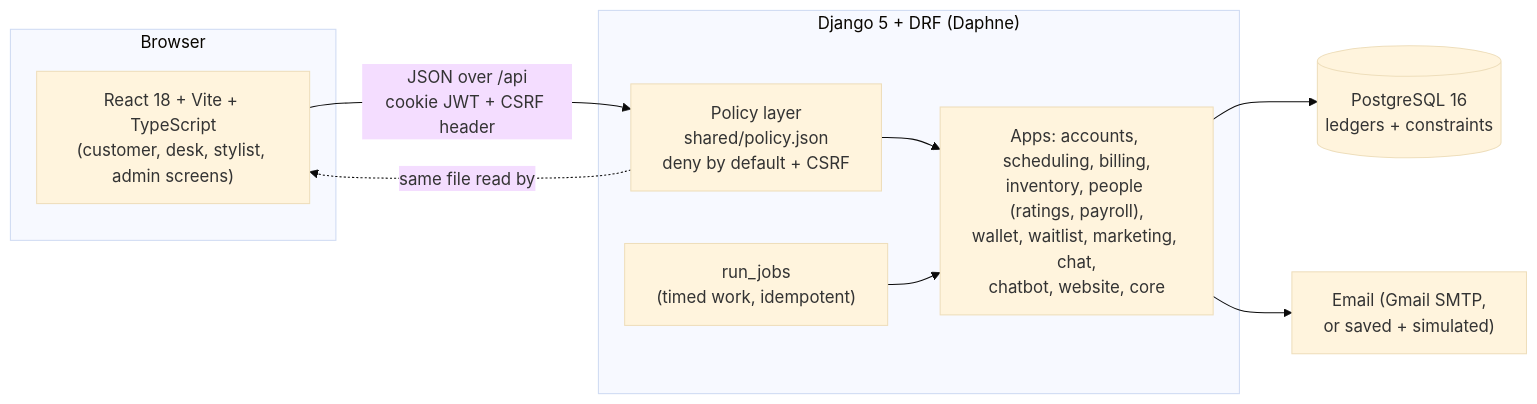
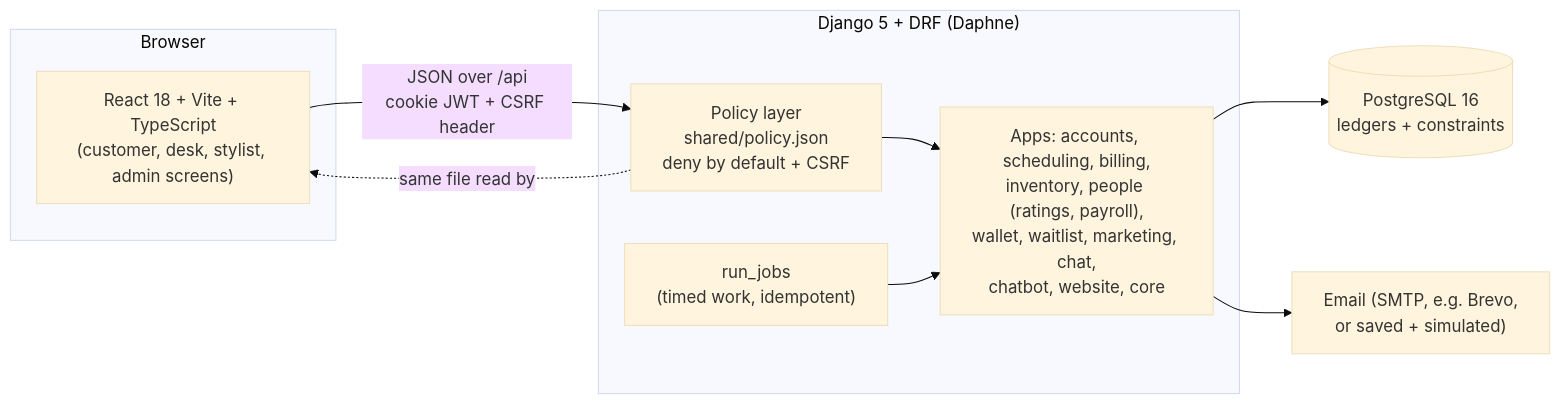
One commit to MarepalliAkhil/Alankar changed the first of 2 diagrams in README.md. Above: the diagram before and after it, drawn with Mermaid (base theme). The commit also changed other lines of this file, not shown here.

````diff
--- a/README.md
+++ b/README.md
@@ -14,19 +42,19 @@
 ```mermaid
 flowchart LR
     subgraph Browser
       SPA["React 18 + Vite + TypeScript<br/>(customer, desk, stylist, admin screens)"]
     end
     subgraph Server["Django 5 + DRF (Daphne)"]
       POL["Policy layer<br/>shared/policy.json<br/>deny by default + CSRF"]
       APPS["Apps: accounts, scheduling, billing,<br/>inventory, people (ratings, payroll),<br/>wallet, waitlist, marketing, chat,<br/>chatbot, website, core"]
       JOBS["run_jobs<br/>(timed work, idempotent)"]
     end
     DB[("PostgreSQL 16<br/>ledgers + constraints")]
-    MAIL["Email (Gmail SMTP,<br/>or saved + simulated)"]
+    MAIL["Email (SMTP, e.g. Brevo,<br/>or saved + simulated)"]
     SPA -- "JSON over /api<br/>cookie JWT + CSRF header" --> POL
     POL --> APPS
     APPS --> DB
     JOBS --> APPS
     APPS --> MAIL
     POL -. "same file read by" .-> SPA
 ```
````
